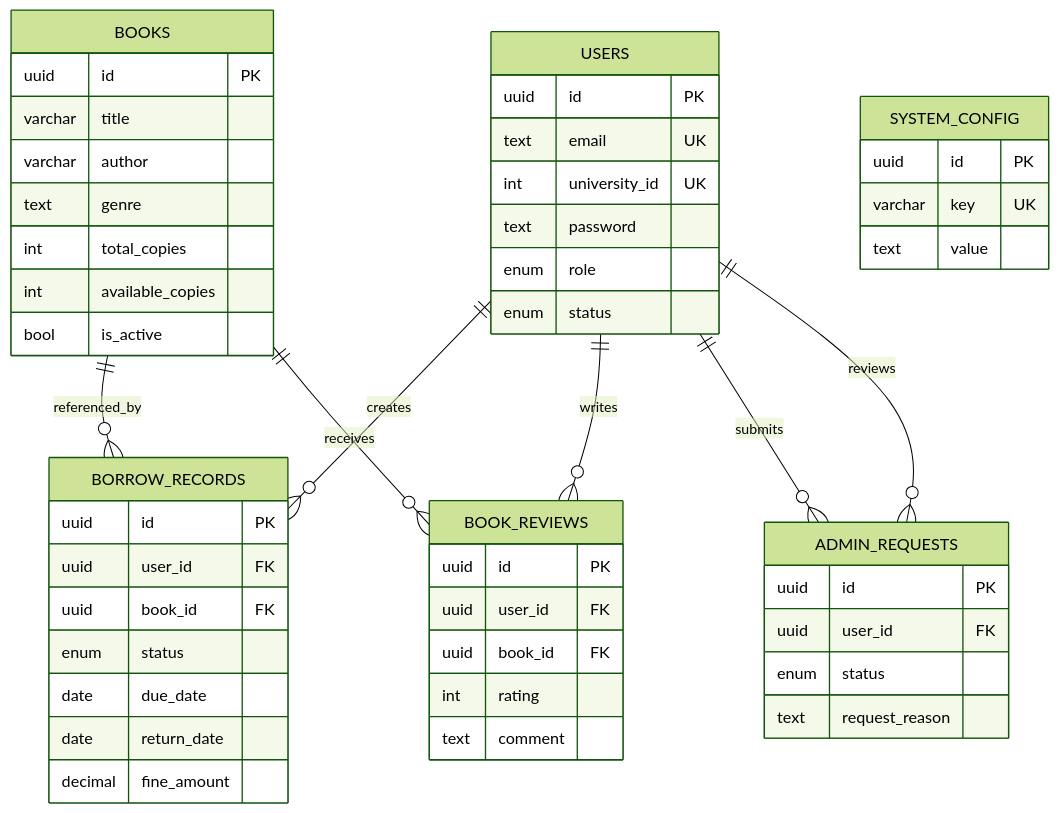
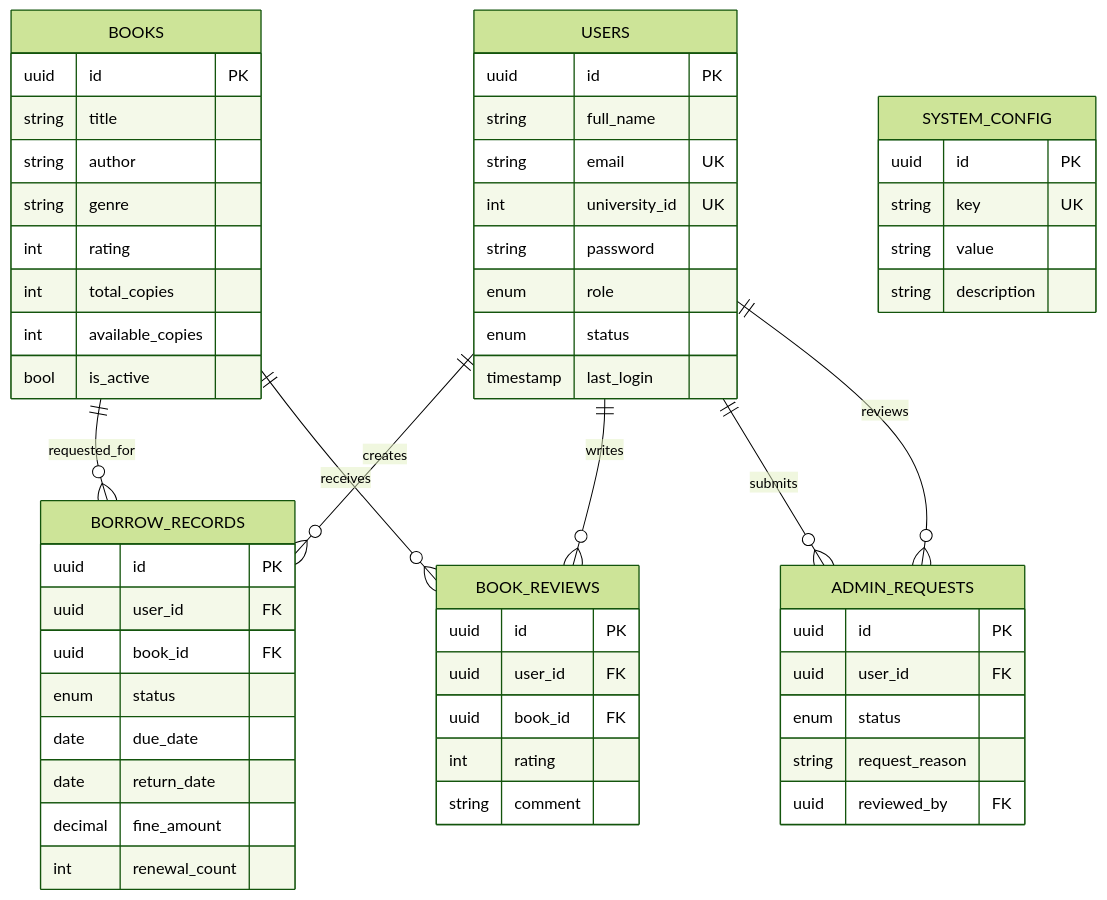
The sixth of 6 diagrams in README.md (AnouarMohamed/Mundia_library), drawn with Mermaid (forest theme) before and after one commit. The commit also changed other lines of this file, not shown here.

````diff
--- a/README.md
+++ b/README.md
@@ -108,59 +221,65 @@
 ```mermaid
 erDiagram
   USERS ||--o{ BORROW_RECORDS : creates
-  BOOKS ||--o{ BORROW_RECORDS : referenced_by
+  BOOKS ||--o{ BORROW_RECORDS : requested_for
   USERS ||--o{ BOOK_REVIEWS : writes
   BOOKS ||--o{ BOOK_REVIEWS : receives
   USERS ||--o{ ADMIN_REQUESTS : submits
   USERS ||--o{ ADMIN_REQUESTS : reviews
 
   USERS {
     uuid id PK
-    text email UK
+    string full_name
+    string email UK
     int university_id UK
-    text password
+    string password
     enum role
     enum status
+    timestamp last_login
   }
 
   BOOKS {
     uuid id PK
-    varchar title
-    varchar author
-    text genre
+    string title
+    string author
+    string genre
+    int rating
     int total_copies
     int available_copies
     bool is_active
   }
 
   BORROW_RECORDS {
     uuid id PK
     uuid user_id FK
     uuid book_id FK
     enum status
     date due_date
     date return_date
     decimal fine_amount
+    int renewal_count
   }
 
   BOOK_REVIEWS {
     uuid id PK
     uuid user_id FK
     uuid book_id FK
     int rating
-    text comment
+    string comment
   }
 
   ADMIN_REQUESTS {
     uuid id PK
     uuid user_id FK
     enum status
-    text request_reason
+    string request_reason
+    uuid reviewed_by FK
   }
 
   SYSTEM_CONFIG {
     uuid id PK
-    varchar key UK
-    text value
+    string key UK
+    string value
+    string description
   }
 ```
````
